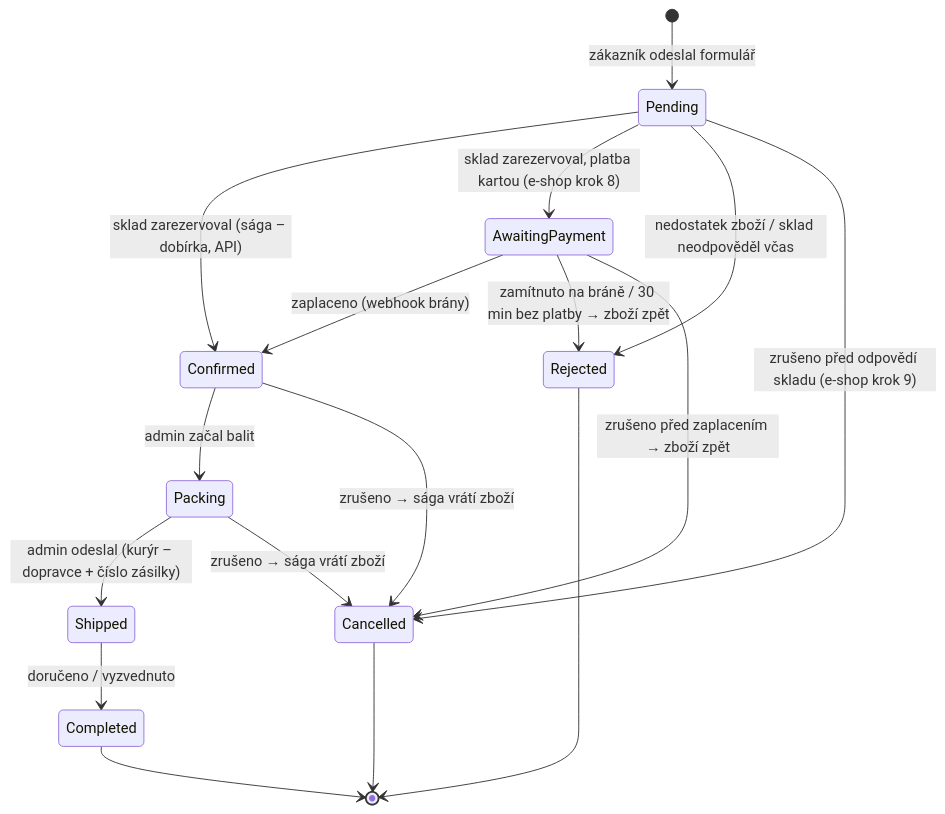
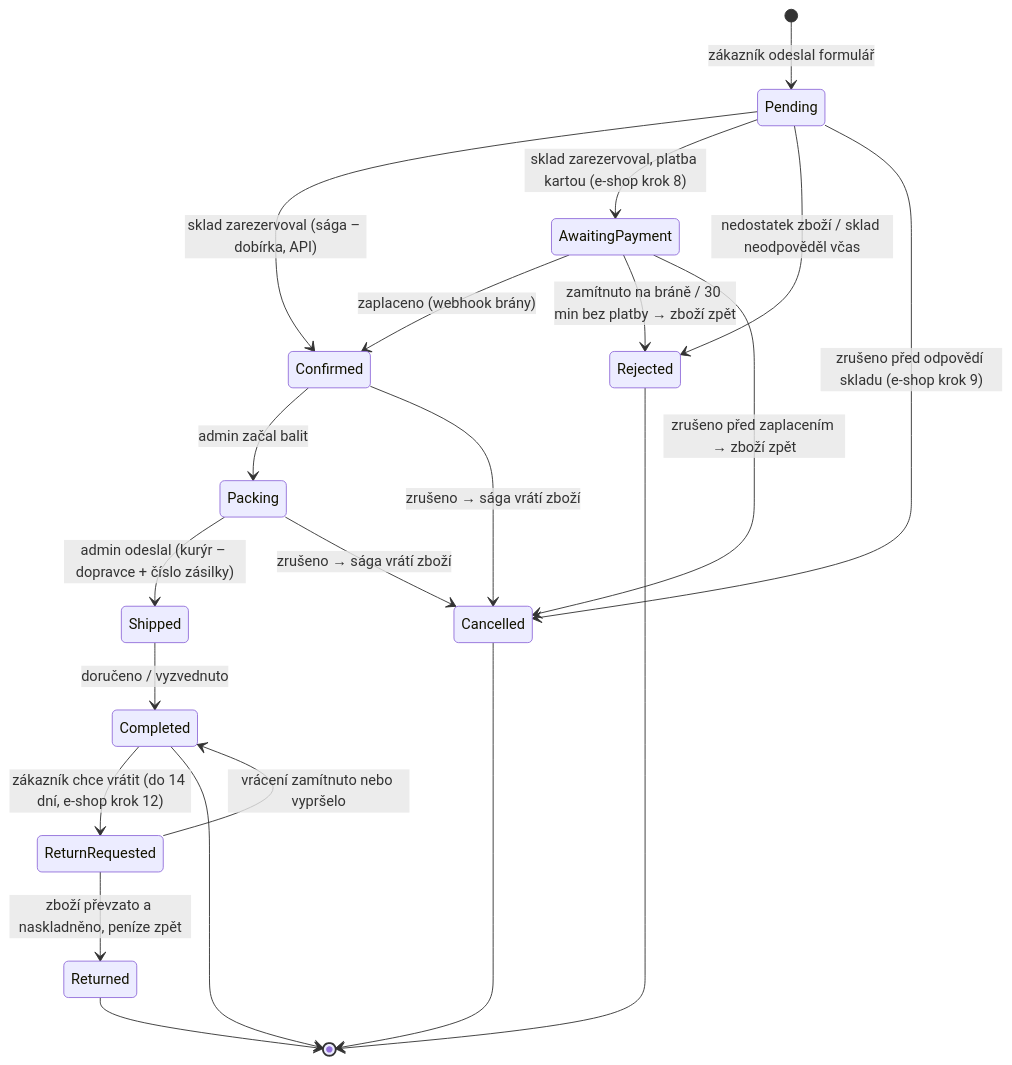
One commit to ftichy/MiniShop changed the first of 3 diagrams in docs/prirucka/architektura/stavove-diagramy.md. Above: the diagram before and after it, drawn with Mermaid. The commit also changed other lines of this file and 66 other files, not shown here.

First line of the commit message:
ESHOP STEP12: vrácení zboží (druhá sága)

````diff
--- a/docs/prirucka/architektura/stavove-diagramy.md
+++ b/docs/prirucka/architektura/stavove-diagramy.md
@@ -12,19 +12,23 @@
 ```mermaid
 stateDiagram-v2
     [*] --> Pending : zákazník odeslal formulář
     Pending --> Confirmed : sklad zarezervoval (sága – dobírka, API)
     Pending --> AwaitingPayment : sklad zarezervoval, platba kartou (e-shop krok 8)
     AwaitingPayment --> Confirmed : zaplaceno (webhook brány)
     AwaitingPayment --> Rejected : zamítnuto na bráně / 30 min bez platby → zboží zpět
     Pending --> Rejected : nedostatek zboží / sklad neodpověděl včas
     Confirmed --> Packing : admin začal balit
     Packing --> Shipped : admin odeslal (kurýr – dopravce + číslo zásilky)
     Shipped --> Completed : doručeno / vyzvednuto
     Confirmed --> Cancelled : zrušeno → sága vrátí zboží
     Packing --> Cancelled : zrušeno → sága vrátí zboží
     Pending --> Cancelled : zrušeno před odpovědí skladu (e-shop krok 9)
     AwaitingPayment --> Cancelled : zrušeno před zaplacením → zboží zpět
+    Completed --> ReturnRequested : zákazník chce vrátit (do 14 dní, e-shop krok 12)
+    ReturnRequested --> Returned : zboží převzato a naskladněno, peníze zpět
+    ReturnRequested --> Completed : vrácení zamítnuto nebo vypršelo
     Rejected --> [*]
     Completed --> [*]
     Cancelled --> [*]
+    Returned --> [*]
 ```
````
